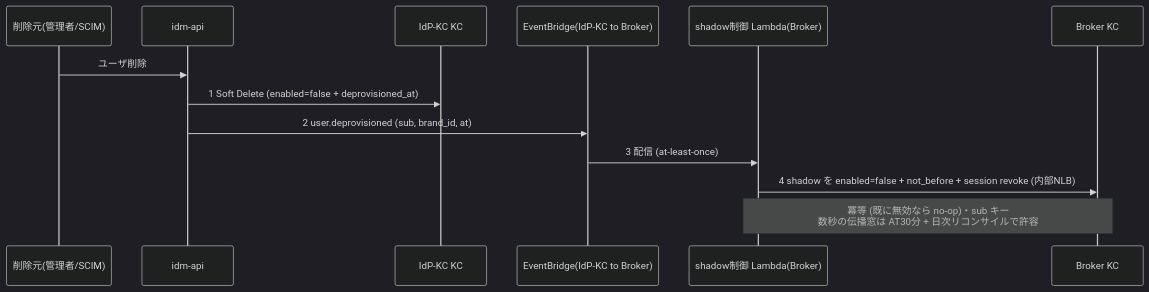
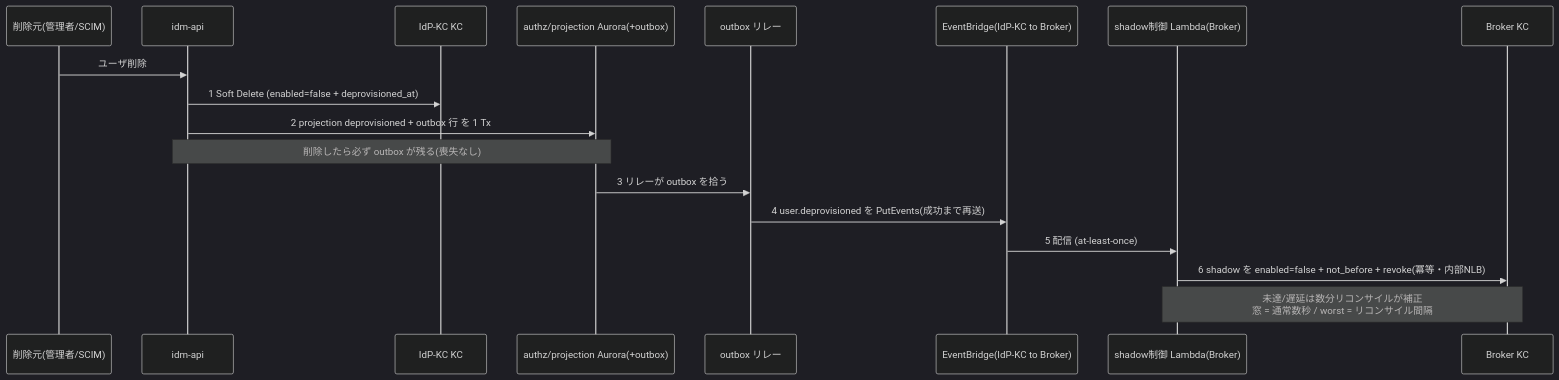
One commit to suepie/aws-atuh-poc changed the fifth of 5 diagrams in doc/basic-design/03-identity-provisioning-design.md. Above: the diagram before and after it, drawn with Mermaid (dark theme). The commit also changed other lines of this file and 1 other file, not shown here.

First line of the commit message:
基本設計: 削除の確実性を outbox パターン(A案)で確定 + 構成図/EventBridge 追加

````diff
--- a/doc/basic-design/03-identity-provisioning-design.md
+++ b/doc/basic-design/03-identity-provisioning-design.md
@@ -466,15 +497,20 @@
 ```mermaid
 sequenceDiagram
     participant SRC as 削除元(管理者/SCIM)
     participant A2 as idm-api #2 (ブランド/IdP-KC)
     participant IK as IdP-KC KC
+    participant DB as authz/projection Aurora(+outbox)
+    participant REL as outbox リレー
     participant EB as EventBridge(IdP-KC to Broker)
     participant SH as shadow制御 Lambda(Broker)
     participant BK as Broker KC
     SRC->>A2: ユーザ削除
     A2->>IK: 1 Soft Delete (enabled=false + deprovisioned_at)
-    A2->>EB: 2 user.deprovisioned (sub, brand_id, at)
-    EB->>SH: 3 配信 (at-least-once)
-    SH->>BK: 4 shadow を enabled=false + not_before + session revoke (内部NLB)
-    Note over SH,BK: 冪等 (既に無効なら no-op)・sub キー<br/>数秒の伝播窓は AT30分 + 日次リコンサイルで許容
+    A2->>DB: 2 projection deprovisioned + outbox 行 を 1 Tx
+    Note over A2,DB: 削除したら必ず outbox が残る(喪失なし)
+    DB->>REL: 3 リレーが outbox を拾う
+    REL->>EB: 4 user.deprovisioned を PutEvents(成功まで再送)
+    EB->>SH: 5 配信 (at-least-once)
+    SH->>BK: 6 shadow を enabled=false + not_before + revoke(冪等・内部NLB)
+    Note over SH,BK: 未達/遅延は数分リコンサイルが補正<br/>窓 = 通常数秒 / worst = リコンサイル間隔
 ```
````
